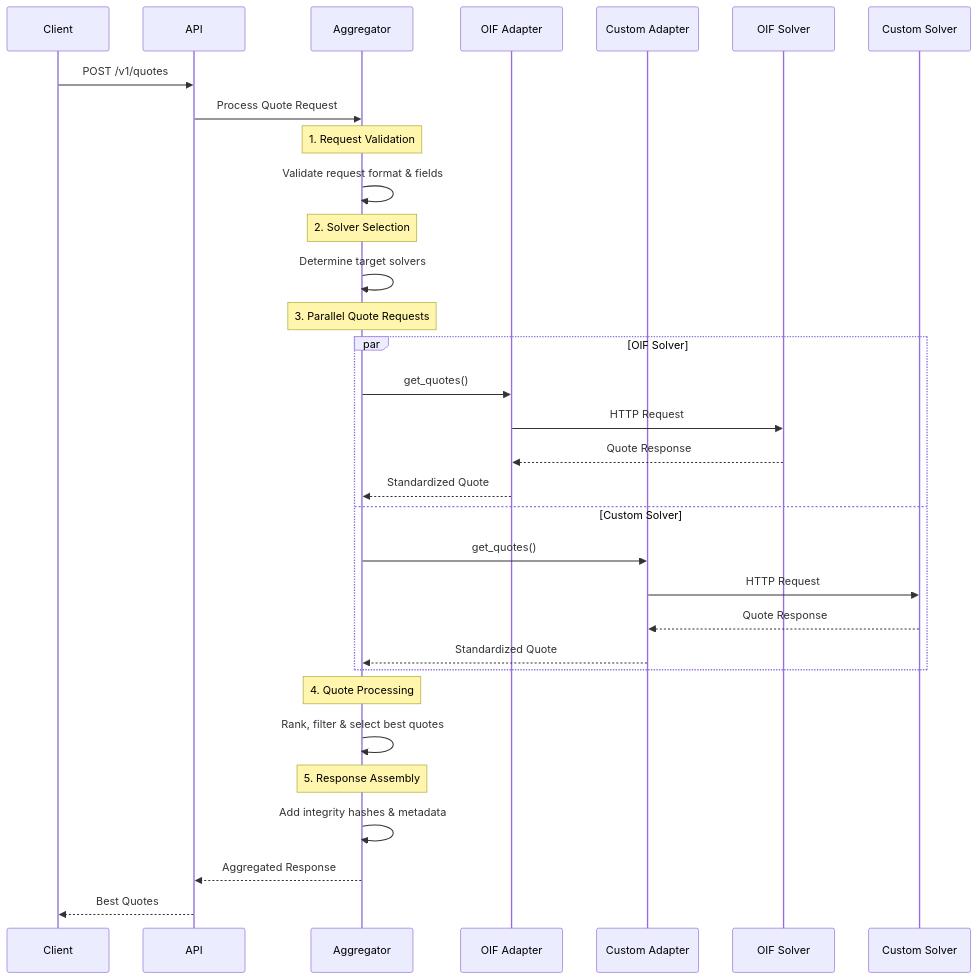
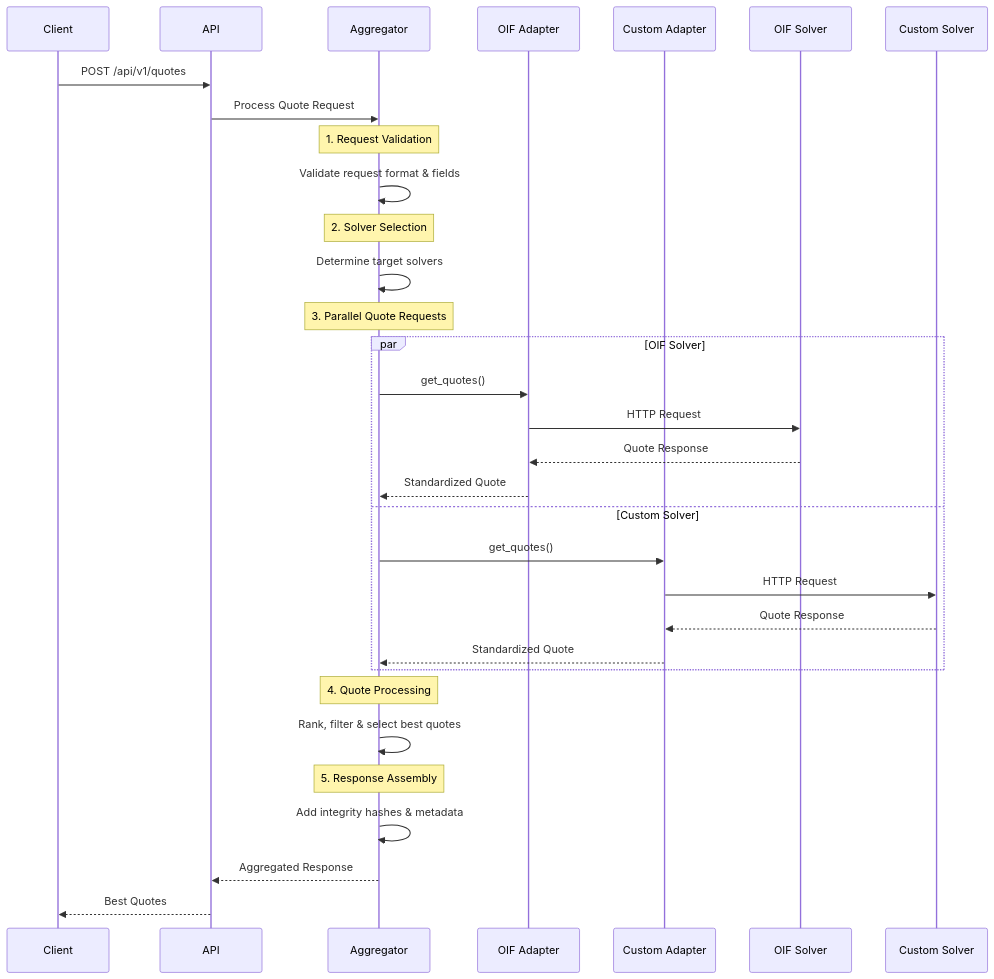
Before and after one commit to openintentsframework/oif-aggregator: the first of 2 diagrams in docs/quotes-and-aggregation.md, drawn with Mermaid. The commit also changed other lines of this file and 29 other files, not shown here.

````diff
--- a/docs/quotes-and-aggregation.md
+++ b/docs/quotes-and-aggregation.md
@@ -244,40 +244,40 @@
 ```mermaid
 sequenceDiagram
     participant Client
     participant API
     participant Aggregator
     participant Adapter1 as OIF Adapter
     participant Adapter2 as Custom Adapter
     participant Solver1 as OIF Solver
     participant Solver2 as Custom Solver
     
-    Client->>API: POST /v1/quotes
+    Client->>API: POST /api/v1/quotes
     API->>Aggregator: Process Quote Request
     
     Note over Aggregator: 1. Request Validation
     Aggregator->>Aggregator: Validate request format & fields
     
     Note over Aggregator: 2. Solver Selection
     Aggregator->>Aggregator: Determine target solvers
     
     Note over Aggregator: 3. Parallel Quote Requests
     par OIF Solver
         Aggregator->>Adapter1: get_quotes()
         Adapter1->>Solver1: HTTP Request
         Solver1-->>Adapter1: Quote Response
         Adapter1-->>Aggregator: Standardized Quote
     and Custom Solver
         Aggregator->>Adapter2: get_quotes()
         Adapter2->>Solver2: HTTP Request
         Solver2-->>Adapter2: Quote Response
         Adapter2-->>Aggregator: Standardized Quote
     end
     
     Note over Aggregator: 4. Quote Processing
     Aggregator->>Aggregator: Rank, filter & select best quotes
     
     Note over Aggregator: 5. Response Assembly
     Aggregator->>Aggregator: Add integrity hashes & metadata
     Aggregator-->>API: Aggregated Response
     API-->>Client: Best Quotes
 ```
````
